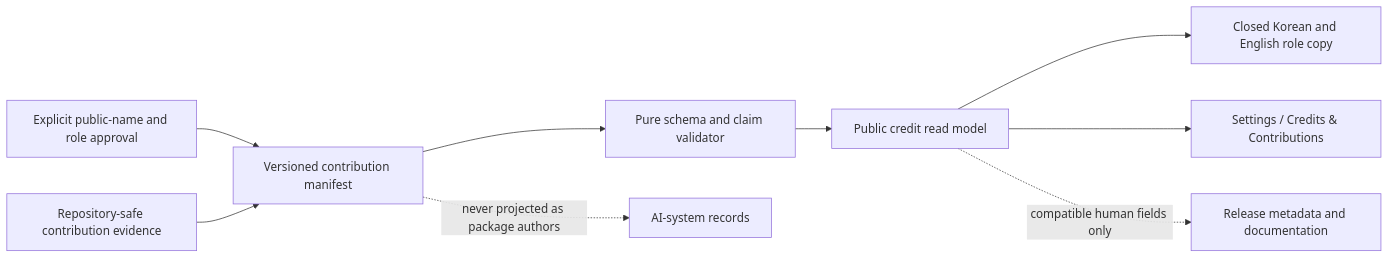
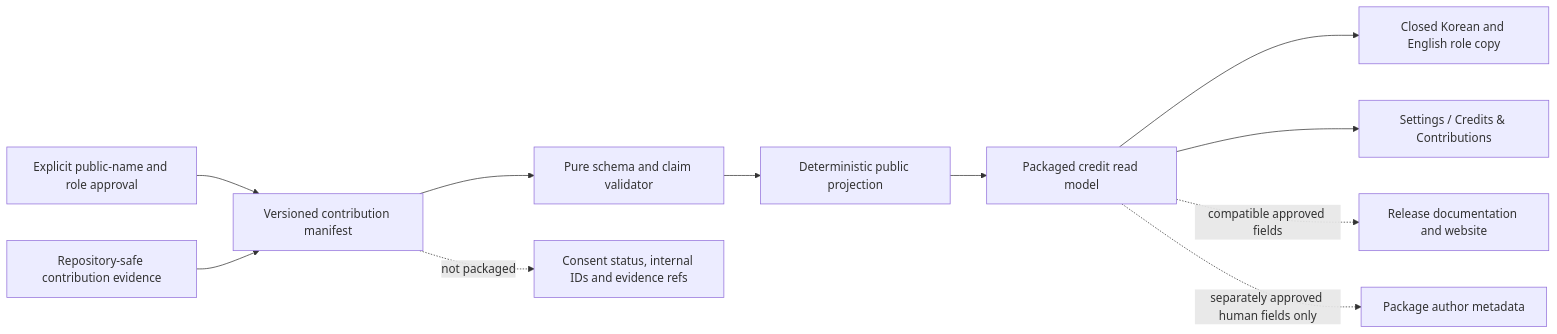
One commit to anomalia0287-ai/modori changed the diagram in docs/superpowers/specs/2026-07-16-contribution-credits-design.md. Above: the diagram before and after it, drawn with Mermaid. The commit also changed other lines of this file, not shown here.

````diff
--- a/docs/superpowers/specs/2026-07-16-contribution-credits-design.md
+++ b/docs/superpowers/specs/2026-07-16-contribution-credits-design.md
@@ -112,11 +140,13 @@
 ```mermaid
 flowchart LR
     C["Explicit public-name and role approval"] --> M["Versioned contribution manifest"]
     E["Repository-safe contribution evidence"] --> M
     M --> V["Pure schema and claim validator"]
-    V --> P["Public credit read model"]
+    V --> G["Deterministic public projection"]
+    G --> P["Packaged credit read model"]
     P --> K["Closed Korean and English role copy"]
     P --> U["Settings / Credits & Contributions"]
-    P -. "compatible human fields only" .-> D["Release metadata and documentation"]
-    M -. "never projected as package authors" .-> A["AI-system records"]
+    P -. "compatible approved fields" .-> D["Release documentation and website"]
+    P -. "separately approved human fields only" .-> A["Package author metadata"]
+    M -. "not packaged" .-> R["Consent status, internal IDs and evidence refs"]
 ```
````
